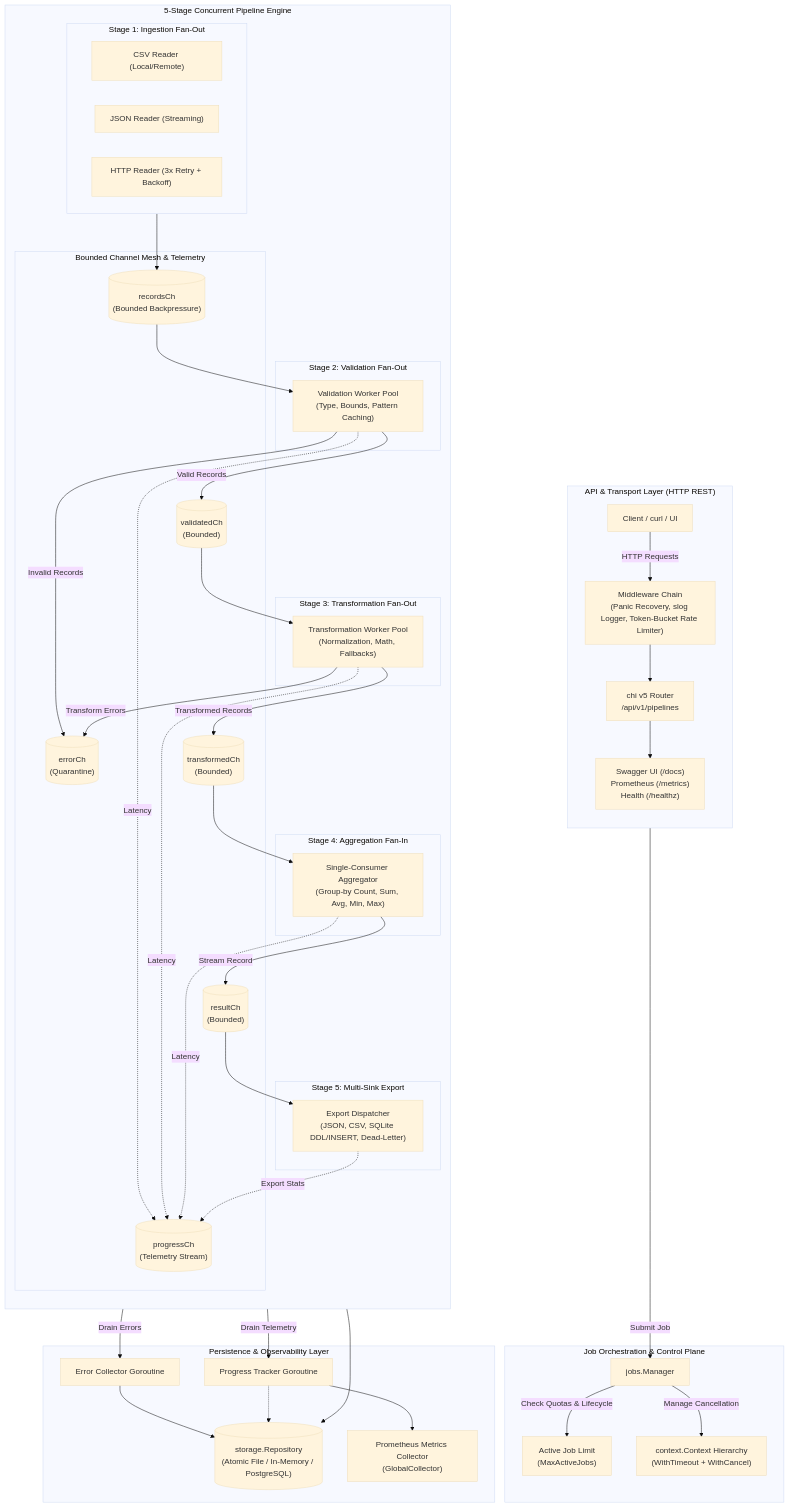
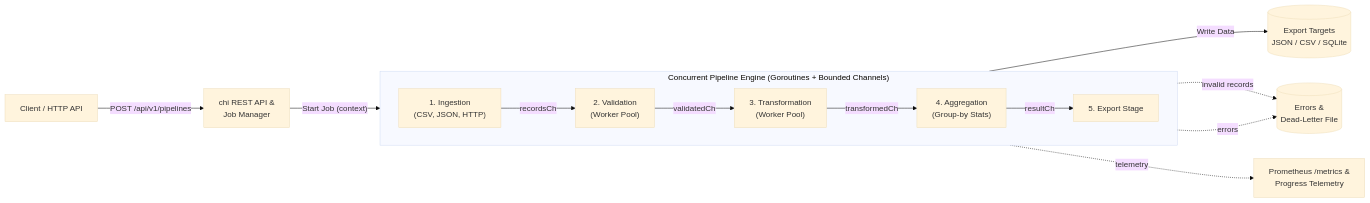
The diagram in README.md (anandmindfire/Data_Processing_Pipeline), drawn with Mermaid (base theme) before and after one commit. The commit also changed other lines of this file, not shown here.

Commit message:
docs: modernize README architecture diagram, synchronize design report

````diff
--- a/README.md
+++ b/README.md
@@ -61,76 +60,18 @@
 ```mermaid
-flowchart TD
-  subgraph Ingress ["API & Transport Layer (HTTP REST)"]
-    direction TB
-    CLI["Client / curl / UI"] -->|"HTTP Requests"| MW["Middleware Chain<br/>(Panic Recovery, slog Logger, Token-Bucket Rate Limiter)"]
-    MW --> ROUTER["chi v5 Router<br/>/api/v1/pipelines"]
-    ROUTER --> DOCS["Swagger UI (/docs)<br/>Prometheus (/metrics)<br/>Health (/healthz)"]
-  end
+flowchart LR
+    CLIENT["Client / HTTP API"] -->|"POST /api/v1/pipelines"| API["chi REST API &<br/>Job Manager"]
+    API -->|"Start Job (context)"| INGEST
 
-  subgraph ControlPlane ["Job Orchestration & Control Plane"]
-    ROUTER -->|"Submit Job"| MGR["jobs.Manager"]
-    MGR -->|"Check Quotas & Lifecycle"| QUOTA["Active Job Limit<br/>(MaxActiveJobs)"]
-    MGR -->|"Manage Cancellation"| CTX["context.Context Hierarchy<br/>(WithTimeout + WithCancel)"]
-  end
-
-  subgraph Engine ["5-Stage Concurrent Pipeline Engine"]
-    direction TB
-    subgraph S1 ["Stage 1: Ingestion Fan-Out"]
-      SRC1["CSV Reader (Local/Remote)"]
-      SRC2["JSON Reader (Streaming)"]
-      SRC3["HTTP Reader (3x Retry + Backoff)"]
+    subgraph PIPELINE ["Concurrent Pipeline Engine (Goroutines + Bounded Channels)"]
+        direction LR
+        INGEST["1. Ingestion<br/>(CSV, JSON, HTTP)"] -->|"recordsCh"| VAL["2. Validation<br/>(Worker Pool)"]
+        VAL -->|"validatedCh"| TRANS["3. Transformation<br/>(Worker Pool)"]
+        TRANS -->|"transformedCh"| AGG["4. Aggregation<br/>(Group-by Stats)"]
+        AGG -->|"resultCh"| EXP["5. Export Stage"]
     end
 
-    subgraph Buffers ["Bounded Channel Mesh & Telemetry"]
-      R_CH[("recordsCh<br/>(Bounded Backpressure)")]
-      V_CH[("validatedCh<br/>(Bounded)")]
-      T_CH[("transformedCh<br/>(Bounded)")]
-      RES_CH[("resultCh<br/>(Bounded)")]
-      ERR_CH[("errorCh<br/>(Quarantine)")]
-      PROG_CH[("progressCh<br/>(Telemetry Stream)")]
-    end
-
-    subgraph S2 ["Stage 2: Validation Fan-Out"]
-      VAL_POOL["Validation Worker Pool<br/>(Type, Bounds, Pattern Caching)"]
-    end
-
-    subgraph S3 ["Stage 3: Transformation Fan-Out"]
-      TR_POOL["Transformation Worker Pool<br/>(Normalization, Math, Fallbacks)"]
-    end
-
-    subgraph S4 ["Stage 4: Aggregation Fan-In"]
-      AGG["Single-Consumer Aggregator<br/>(Group-by Count, Sum, Avg, Min, Max)"]
-    end
-
-    subgraph S5 ["Stage 5: Multi-Sink Export"]
-      EXP["Export Dispatcher<br/>(JSON, CSV, SQLite DDL/INSERT, Dead-Letter)"]
-    end
-
-    S1 --> R_CH
-    R_CH --> VAL_POOL
-    VAL_POOL -->|"Valid Records"| V_CH
-    VAL_POOL -->|"Invalid Records"| ERR_CH
-    VAL_POOL -.->|"Latency"| PROG_CH
-
-    V_CH --> TR_POOL
-    TR_POOL -->|"Transformed Records"| T_CH
-    TR_POOL -->|"Transform Errors"| ERR_CH
-    TR_POOL -.->|"Latency"| PROG_CH
-
-    T_CH --> AGG
-    AGG -->|"Stream Record"| RES_CH
-    AGG -.->|"Latency"| PROG_CH
-
-    RES_CH --> EXP
-    EXP -.->|"Export Stats"| PROG_CH
-  end
-
-  subgraph Persistence ["Persistence & Observability Layer"]
-    ERR_CH -->|"Drain Errors"| ERR_COL["Error Collector Goroutine"]
-    PROG_CH -->|"Drain Telemetry"| PROG_COL["Progress Tracker Goroutine"]
-    EXP --> REPO[("storage.Repository<br/>(Atomic File / In-Memory / PostgreSQL)")]
-    ERR_COL --> REPO
-    PROG_COL --> METRICS["Prometheus Metrics Collector<br/>(GlobalCollector)"]
-    PROG_COL -.-> REPO
-  end
+    EXP -->|"Write Data"| SINKS[("Export Targets<br/>JSON / CSV / SQLite")]
+    VAL -.->|"invalid records"| DLQ[("Errors &<br/>Dead-Letter File")]
+    TRANS -.->|"errors"| DLQ
+    PIPELINE -.->|"telemetry"| METRICS["Prometheus /metrics &<br/>Progress Telemetry"]
 ```
````
